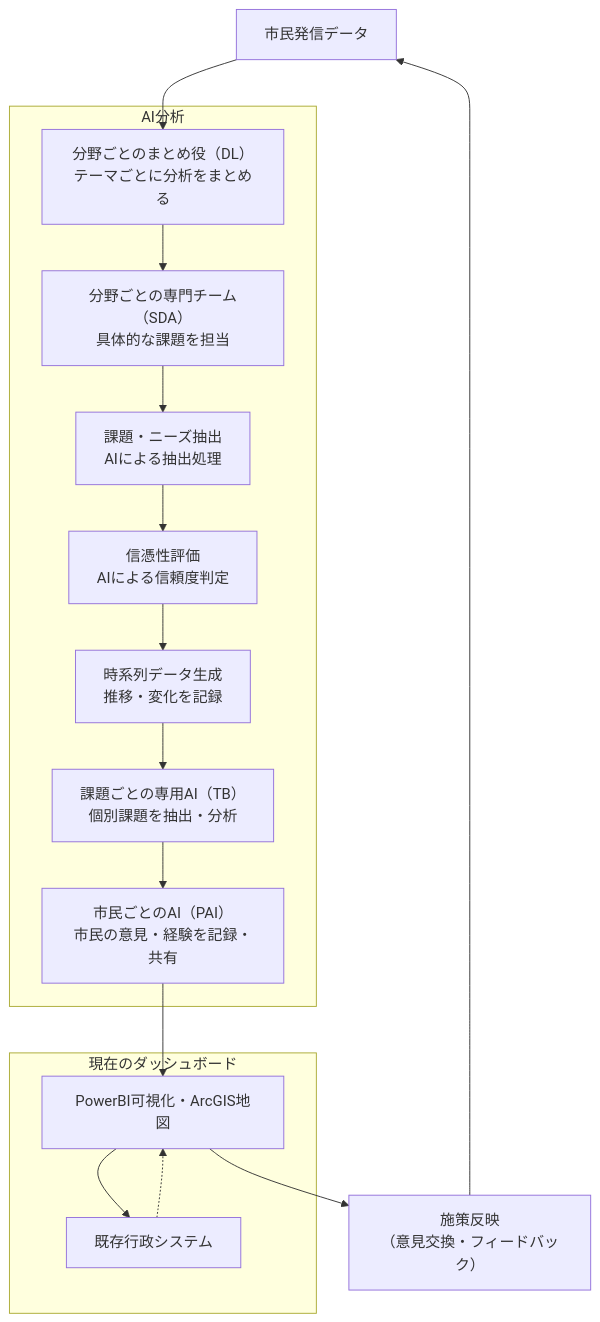
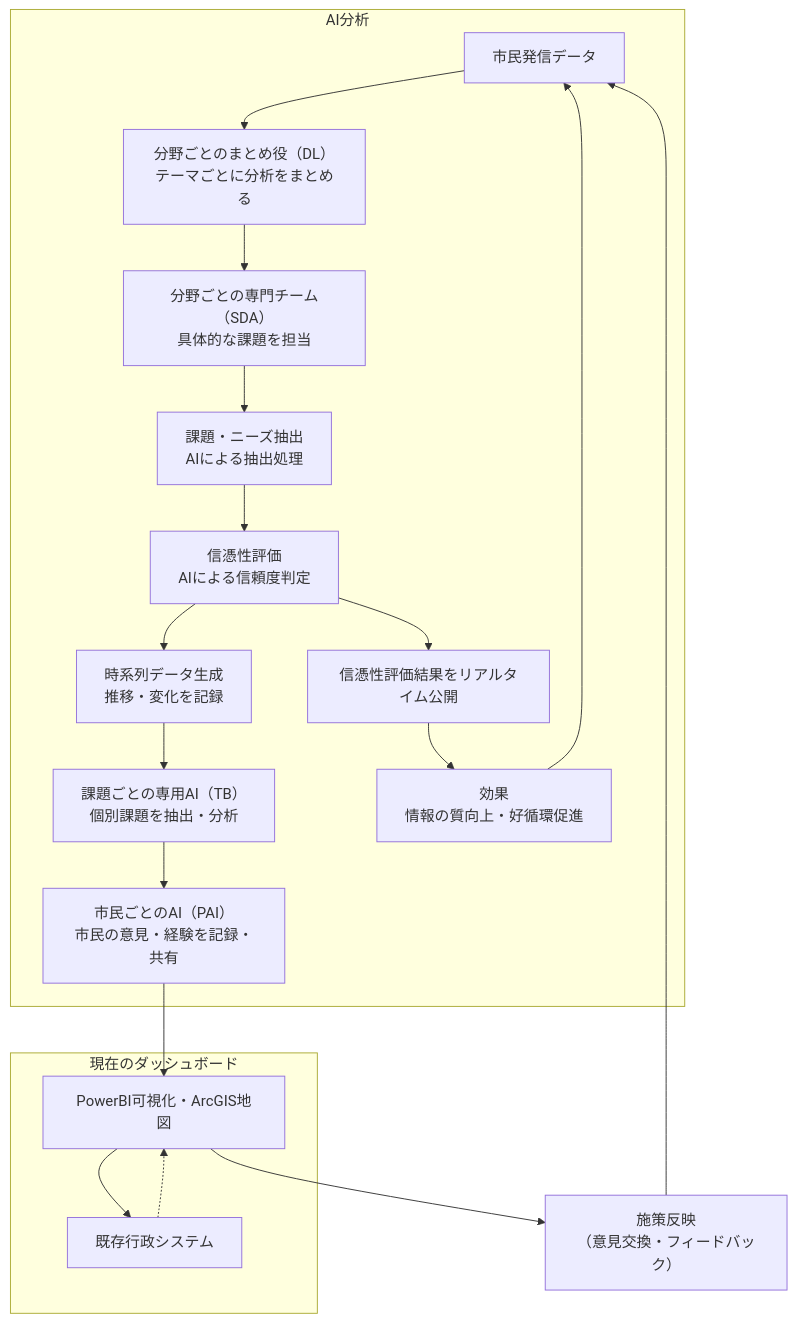
One commit to yamamoto-ryuzo/portal changed the diagram in OpenDataHackathon2025_渋谷/9.システム提案書.md. Above: the diagram before and after it, drawn with Mermaid. The commit also changed other lines of this file, not shown here.

Commit message:
提案書全体の構成・表現を整理し、統合図の流れと技術的意義を強調

````diff
--- a/OpenDataHackathon2025_渋谷/9.システム提案書.md
+++ b/OpenDataHackathon2025_渋谷/9.システム提案書.md
@@ -42,24 +42,28 @@
 ```mermaid
 graph TD
     A[市民発信データ]
     A --> DL
     subgraph C[AI分析]
         DL[分野ごとのまとめ役（DL）<br>テーマごとに分析をまとめる]
         SDA[分野ごとの専門チーム（SDA）<br>具体的な課題を担当]
         EXTRACT[課題・ニーズ抽出<br>AIによる抽出処理]
         VERIFY[信憑性評価<br>AIによる信頼度判定]
+        PUBLIC[信憑性評価結果をリアルタイム公開]
         TIME[時系列データ生成<br>推移・変化を記録]
         TB[課題ごとの専用AI（TB）<br>個別課題を抽出・分析]
         PAI[市民ごとのAI（PAI）<br>市民の意見・経験を記録・共有]
         DL --> SDA --> EXTRACT --> VERIFY --> TIME --> TB --> PAI
+        VERIFY --> PUBLIC
+        PUBLIC --> EFFECT[効果<br>情報の質向上・好循環促進]
+        EFFECT --> A
     end
     PAI --> F
     subgraph S[現在のダッシュボード]
         F[PowerBI可視化・ArcGIS地図]
         I[既存行政システム]
         F --> I
     end
     I -.-> F
     F --> K[施策反映<br>（意見交換・フィードバック）]
     K --> A[市民発信データ]
 ```
````
